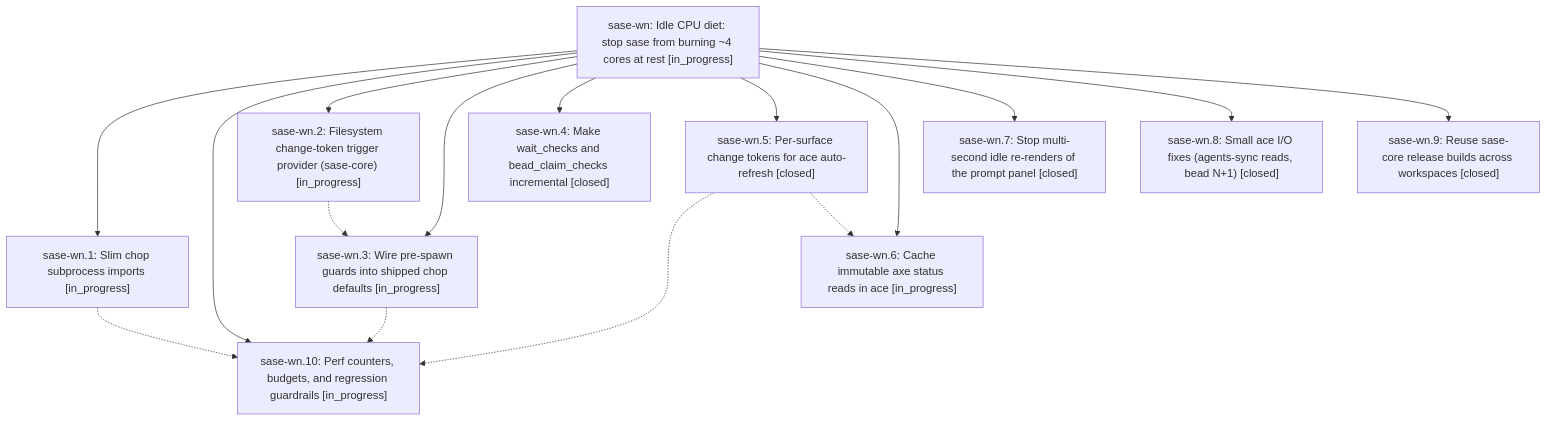
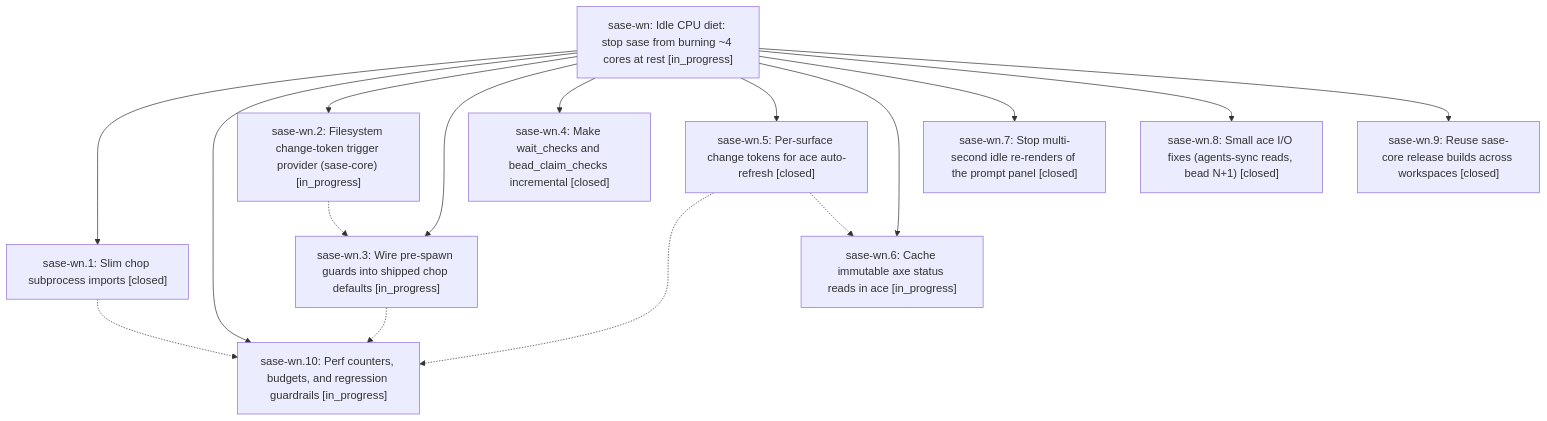
Before and after one commit to sase-org/sase--beads: the diagram in pages/sase-wn/README.md, drawn with Mermaid. The commit also changed other lines of this file and 3 other files, not shown here.

````diff
--- a/pages/sase-wn/README.md
+++ b/pages/sase-wn/README.md
@@ -43,29 +43,29 @@
 ```mermaid
 flowchart TD
     n0["sase-wn: Idle CPU diet: stop sase from burning ~4 cores at rest [in_progress]"]
-    n1["sase-wn.1: Slim chop subprocess imports [in_progress]"]
+    n1["sase-wn.1: Slim chop subprocess imports [closed]"]
     n2["sase-wn.10: Perf counters, budgets, and regression guardrails [in_progress]"]
     n3["sase-wn.2: Filesystem change-token trigger provider (sase-core) [in_progress]"]
     n4["sase-wn.3: Wire pre-spawn guards into shipped chop defaults [in_progress]"]
     n5["sase-wn.4: Make wait_checks and bead_claim_checks incremental [closed]"]
     n6["sase-wn.5: Per-surface change tokens for ace auto-refresh [closed]"]
     n7["sase-wn.6: Cache immutable axe status reads in ace [in_progress]"]
     n8["sase-wn.7: Stop multi-second idle re-renders of the prompt panel [closed]"]
     n9["sase-wn.8: Small ace I/O fixes (agents-sync reads, bead N+1) [closed]"]
     n10["sase-wn.9: Reuse sase-core release builds across workspaces [closed]"]
     n0 --> n1
     n0 --> n2
     n0 --> n3
     n0 --> n4
     n0 --> n5
     n0 --> n6
     n0 --> n7
     n0 --> n8
     n0 --> n9
     n0 --> n10
     n1 -.-> n2
     n3 -.-> n4
     n4 -.-> n2
     n6 -.-> n2
     n6 -.-> n7
 ```
````
